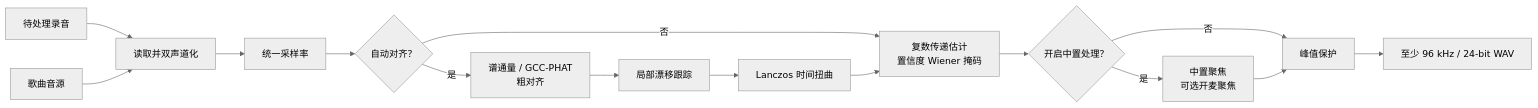
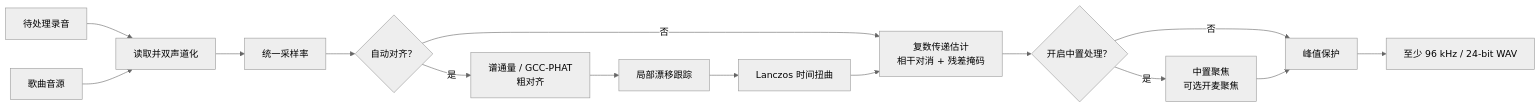
Before and after one commit to ChouChiu/Purivox: the diagram in docs/reference-removal.md, drawn with Mermaid (neutral theme). The commit also changed other lines of this file and 11 other files, not shown here.

````diff
--- a/docs/reference-removal.md
+++ b/docs/reference-removal.md
@@ -30,17 +52,17 @@
 ```mermaid
 flowchart LR
     mix["待处理录音"] --> read["读取并双声道化"]
     ref["歌曲音源"] --> read
     read --> rate["统一采样率"]
     rate --> enabled{"自动对齐？"}
     enabled -->|是| coarse["谱通量 / GCC-PHAT<br/>粗对齐"]
     coarse --> drift["局部漂移跟踪"]
     drift --> warp["Lanczos 时间扭曲"]
-    enabled -->|否| mask["复数传递估计<br/>置信度 Wiener 掩码"]
+    enabled -->|否| mask["复数传递估计<br/>相干对消 + 残差掩码"]
     warp --> mask
     mask --> center{"开启中置处理？"}
     center -->|是| focus["中置聚焦<br/>可选开麦聚焦"]
     center -->|否| protect["峰值保护"]
     focus --> protect
     protect --> output["至少 96 kHz / 24-bit WAV"]
 ```
````
